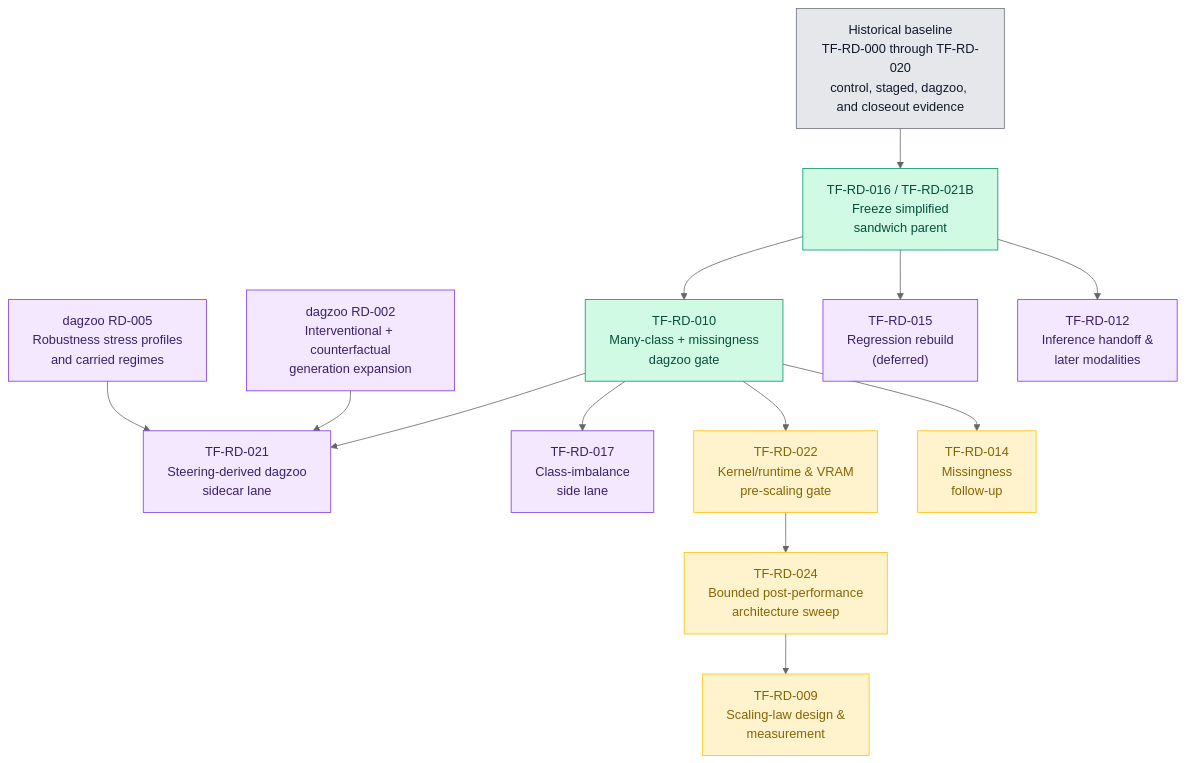
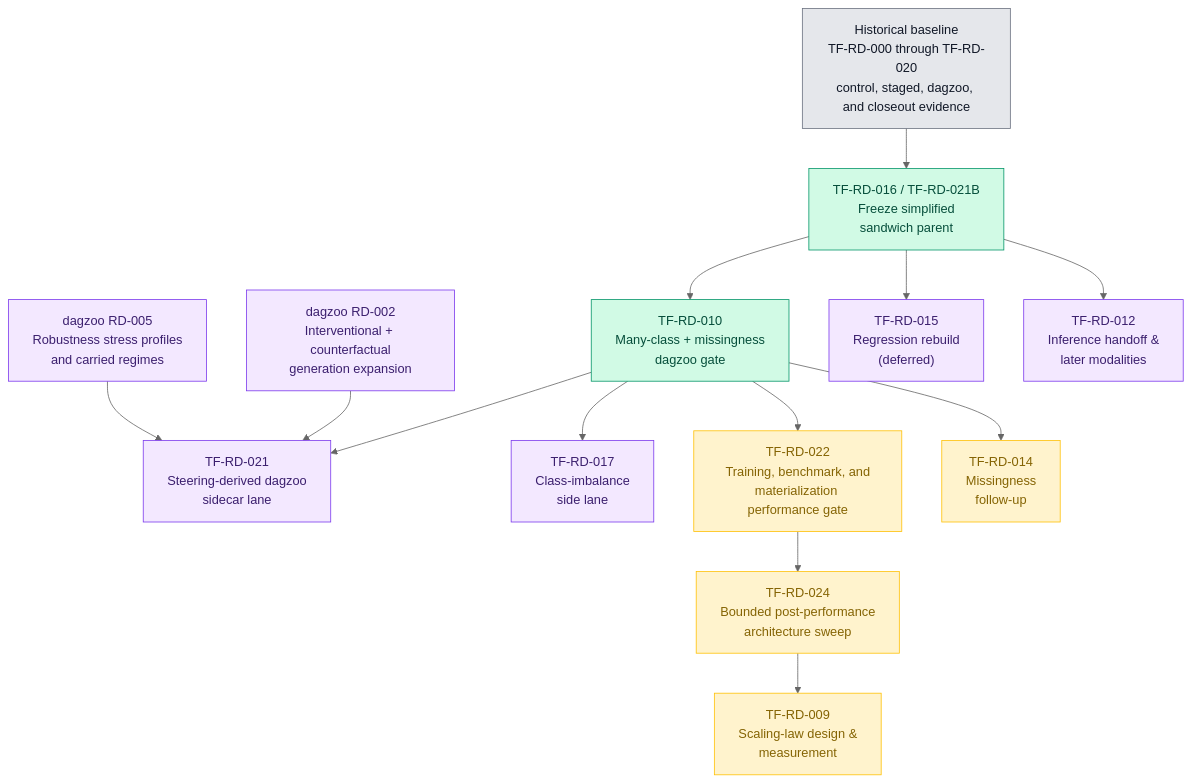
The diagram in docs/development/roadmap.md (bensonlee5/tab-foundry), drawn with Mermaid (neutral theme) before and after one commit. The commit also changed other lines of this file and 33 other files, not shown here.

Commit message:
Advance TF-RD-022 performance gate work

````diff
--- a/docs/development/roadmap.md
+++ b/docs/development/roadmap.md
@@ -152,40 +152,40 @@
 ```mermaid
 flowchart TD
     HIST["Historical baseline<br/>TF-RD-000 through TF-RD-020<br/>control, staged, dagzoo, and closeout evidence"]
     RD016["TF-RD-016 / TF-RD-021B<br/>Freeze simplified<br/>sandwich parent"]
     RD010["TF-RD-010<br/>Many-class + missingness<br/>dagzoo gate"]
     RD021["TF-RD-021<br/>Steering-derived dagzoo<br/>sidecar lane"]
     DZ002["dagzoo RD-002<br/>Interventional + counterfactual<br/>generation expansion"]
     DZ005["dagzoo RD-005<br/>Robustness stress profiles<br/>and carried regimes"]
     RD017["TF-RD-017<br/>Class-imbalance<br/>side lane"]
-    RD022["TF-RD-022<br/>Kernel/runtime & VRAM<br/>pre-scaling gate"]
+    RD022["TF-RD-022<br/>Training, benchmark, and<br/>materialization performance gate"]
     RD024["TF-RD-024<br/>Bounded post-performance<br/>architecture sweep"]
     RD014["TF-RD-014<br/>Missingness<br/>follow-up"]
     RD015["TF-RD-015<br/>Regression rebuild<br/>(deferred)"]
     RD012["TF-RD-012<br/>Inference handoff &<br/>later modalities"]
     RD009["TF-RD-009<br/>Scaling-law design &<br/>measurement"]
 
     HIST --> RD016
     RD016 --> RD010
     RD010 --> RD022
     RD022 --> RD024
     RD024 --> RD009
     RD010 --> RD021
     DZ002 --> RD021
     DZ005 --> RD021
     RD010 --> RD014
     RD010 --> RD017
     RD016 --> RD015
     RD016 --> RD012
 
     classDef hist fill:#e5e7eb,stroke:#6b7280,color:#111827;
     classDef done fill:#d1fae5,stroke:#059669,color:#064e3b;
     classDef readyNow fill:#fff3cd,stroke:#ffc107,color:#856404;
     classDef gate fill:#fff1d6,stroke:#c67a00,color:#3d2a00;
     classDef later fill:#f3e8ff,stroke:#7c3aed,color:#3b1f6e;
 
     class HIST hist;
     class RD010,RD016 done;
     class RD022,RD024,RD009,RD014 readyNow;
     class DZ002,DZ005,RD021,RD012,RD015,RD017 later;
 ```
````
